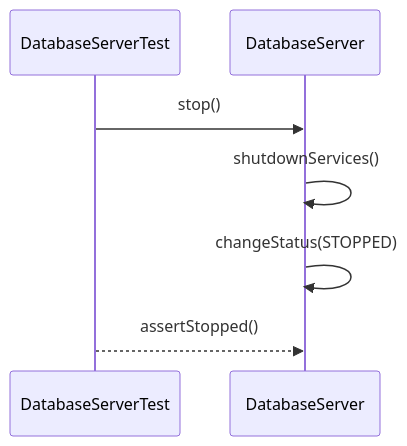
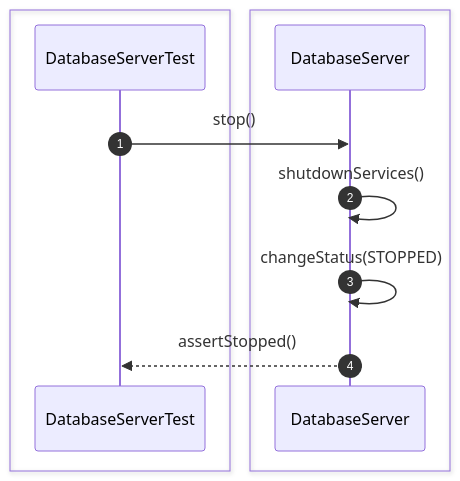
One commit to Huy1801214/dbms-architecture changed the second of 52 diagrams in src/sequence/db-server.md. Above: the diagram before and after it, drawn with Mermaid. The commit also changed other lines of this file and 10 other files, not shown here.

Commit message:
add comprehensive sequence diagrams and documentation for system architecture and unit testing specifications

````diff
--- a/src/sequence/db-server.md
+++ b/src/sequence/db-server.md
@@ -16,10 +24,16 @@
 ```mermaid
 sequenceDiagram
+    autonumber
+
+    box #e1f5fe Test Suite
     participant Test as DatabaseServerTest
+    end
+    box #e3f2fd Server Managers
     participant Server as DatabaseServer
+    end
 
     Test->>Server: stop()
     Server->>Server: shutdownServices()
     Server->>Server: changeStatus(STOPPED)
-    Test-->>Server: assertStopped()
+    Server-->>Test: assertStopped()
 ```
````
